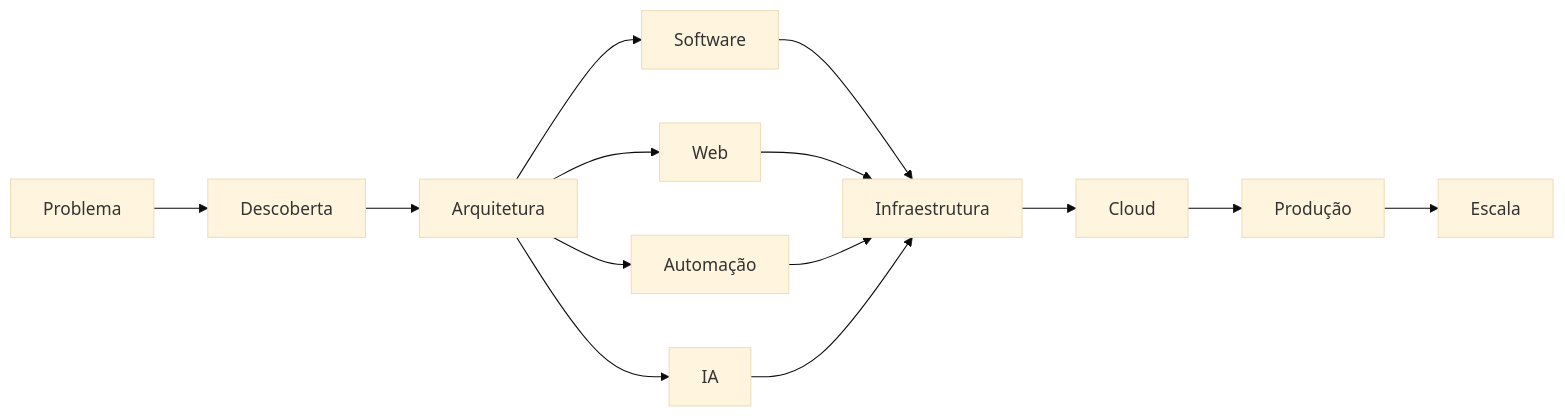
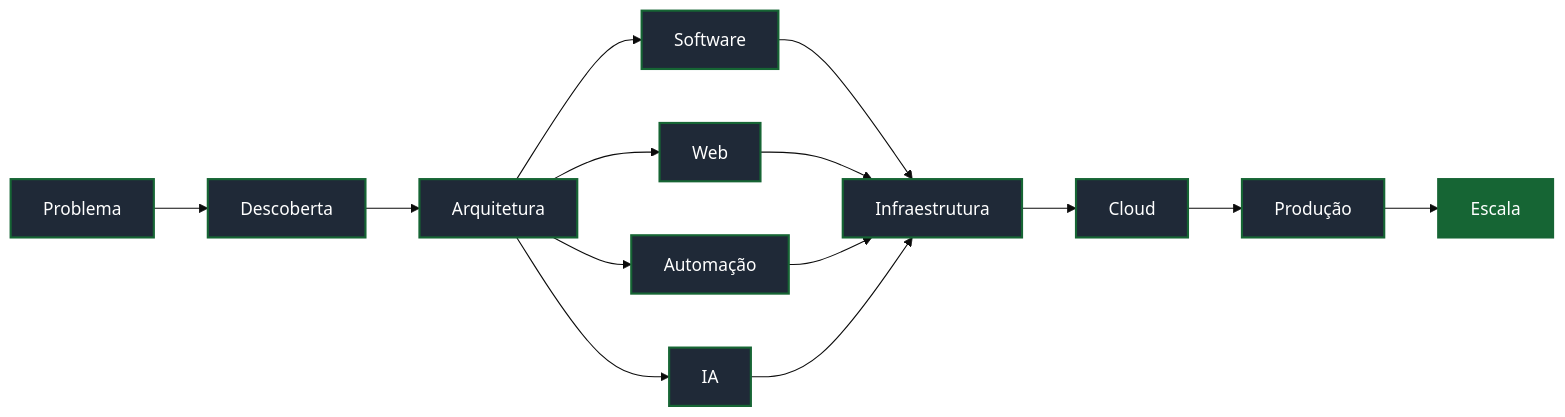
The first of 16 diagrams in profile/README.md (StackBlackzada/.github), drawn with Mermaid (base theme) before and after one commit. The commit also changed other lines of this file, not shown here.

````diff
--- a/profile/README.md
+++ b/profile/README.md
@@ -45,6 +74,10 @@
 ```mermaid
 flowchart LR
     A["Problema"] --> B["Descoberta"] --> C["Arquitetura"]
     C --> D["Software"] & E["Web"] & F["Automação"] & G["IA"]
     D & E & F & G --> H["Infraestrutura"] --> I["Cloud"] --> J["Produção"] --> K["Escala"]
+    classDef d fill:#1F2937,stroke:#166534,color:#fff,stroke-width:2px
+    classDef hot fill:#166534,stroke:#166534,color:#fff,stroke-width:2px
+    class A,B,C,D,E,F,G,H,I,J d
+    class K hot
 ```
````
